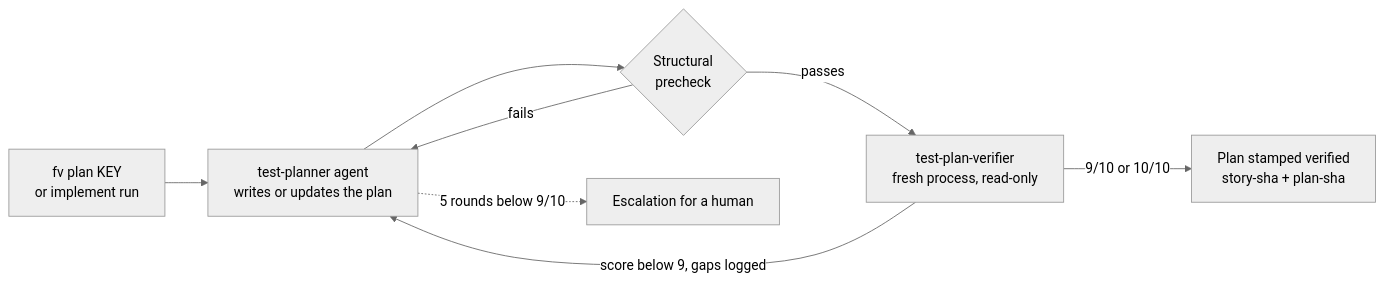
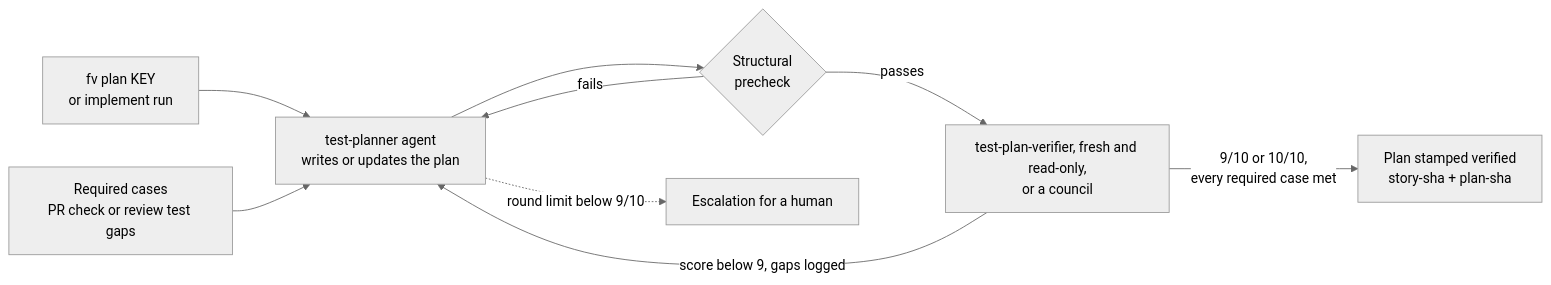
Before and after one commit to armandodollia-slalom/ai-app-factory-public: the first of 2 diagrams in docs/ai-pipeline/feature-verification.md, drawn with Mermaid (neutral theme). The commit also changed other lines of this file and 157 other files, not shown here.

````diff
--- a/docs/ai-pipeline/feature-verification.md
+++ b/docs/ai-pipeline/feature-verification.md
@@ -9,10 +9,11 @@
 ```mermaid
 flowchart LR
-  S[fv plan KEY<br/>or implement run] --> P[test-planner agent<br/>writes or updates the plan]
-  P --> C{Structural<br/>precheck}
-  C -->|fails| P
-  C -->|passes| V[test-plan-verifier<br/>fresh process, read-only]
-  V -->|score below 9, gaps logged| P
-  V -->|9/10 or 10/10| OK[Plan stamped verified<br/>story-sha + plan-sha]
-  P -.->|5 rounds below 9/10| E[Escalation for a human]
+  S["fv plan KEY<br/>or implement run"] --> P["test-planner agent<br/>writes or updates the plan"]
+  RQ["Required cases<br/>PR check or review test gaps"] --> P
+  P --> C{"Structural<br/>precheck"}
+  C -->|"fails"| P
+  C -->|"passes"| V["test-plan-verifier, fresh and read-only,<br/>or a council"]
+  V -->|"score below 9, gaps logged"| P
+  V -->|"9/10 or 10/10,<br/>every required case met"| OK["Plan stamped verified<br/>story-sha + plan-sha"]
+  P -.->|"round limit below 9/10"| E["Escalation for a human"]
 ```
````
